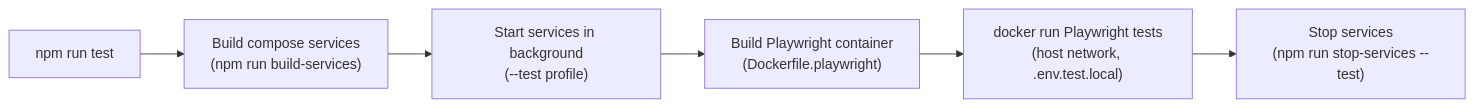
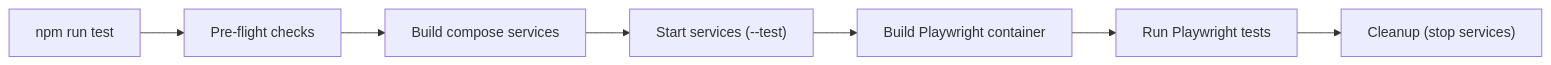
The diagram in docs/BrandKitPilot/development.md (frayfray248/brandkitpilot), drawn with Mermaid before and after one commit. The commit also changed other lines of this file and 14 other files, not shown here.

````diff
--- a/docs/BrandKitPilot/development.md
+++ b/docs/BrandKitPilot/development.md
@@ -32,8 +75,9 @@
 ```mermaid
 flowchart LR
-    A["npm run test"] --> B["Build compose services\n(npm run build-services)"]
-    B --> C["Start services in background\n(--test profile)"]
-    C --> D["Build Playwright container\n(Dockerfile.playwright)"]
-    D --> E["docker run Playwright tests\n(host network, .env.test.local)"]
-    E --> F["Stop services\n(npm run stop-services --test)"]
+    A["npm run test"] --> B["Pre-flight checks"]
+    B --> C["Build compose services"]
+    C --> D["Start services (--test)"]
+    D --> E["Build Playwright container"]
+    E --> F["Run Playwright tests"]
+    F --> G["Cleanup (stop services)"]
 ```
````
